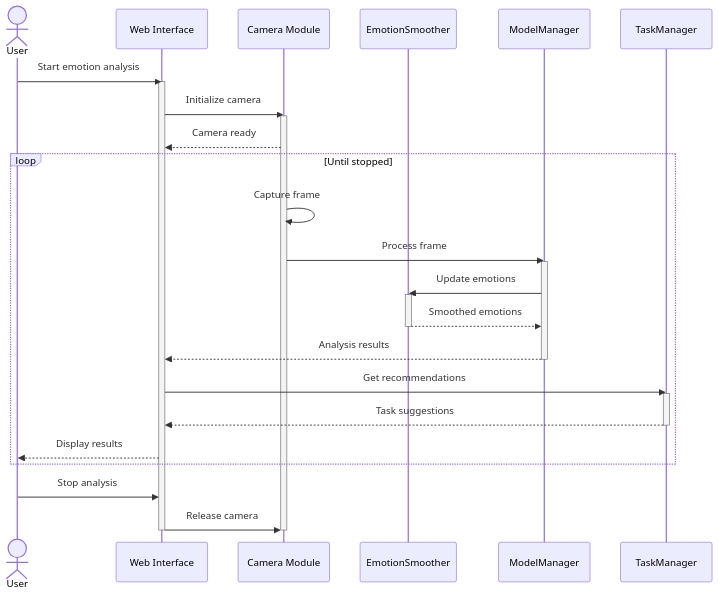
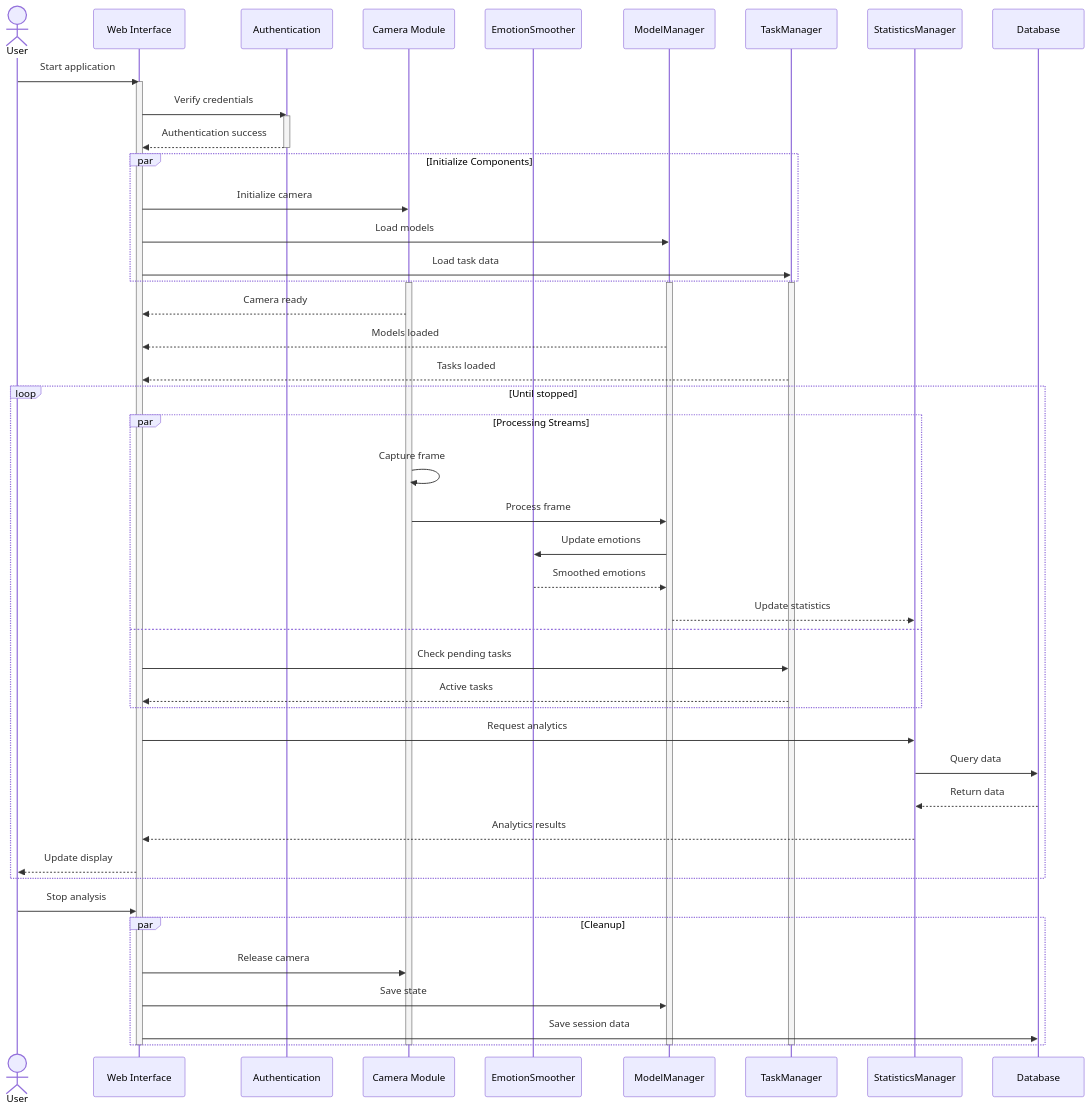
Before and after one commit to itsadithyav/Emotion-Detection: the third of 7 diagrams in diagrams.md, drawn with Mermaid. The commit also changed other lines of this file, not shown here.

Commit message:
Enhance system diagrams with detailed subgraphs and improve class diagram methods for better clarity and functionality

````diff
--- a/diagrams.md
+++ b/diagrams.md
@@ -79,37 +136,67 @@
 ```mermaid
 sequenceDiagram
     actor User
     participant UI as Web Interface
+    participant Auth as Authentication
     participant Camera as Camera Module
     participant Smoother as EmotionSmoother
     participant Models as ModelManager
     participant Tasks as TaskManager
+    participant Stats as StatisticsManager
+    participant DB as Database
 
-    User->>UI: Start emotion analysis
+    User->>UI: Start application
     activate UI
-    UI->>Camera: Initialize camera
+    
+    UI->>Auth: Verify credentials
+    activate Auth
+    Auth-->>UI: Authentication success
+    deactivate Auth
+    
+    par Initialize Components
+        UI->>Camera: Initialize camera
+        UI->>Models: Load models
+        UI->>Tasks: Load task data
+    end
+    
     activate Camera
+    activate Models
+    activate Tasks
+    
     Camera-->>UI: Camera ready
+    Models-->>UI: Models loaded
+    Tasks-->>UI: Tasks loaded
     
     loop Until stopped
-        Camera->>Camera: Capture frame
-        Camera->>Models: Process frame
-        activate Models
-        Models->>Smoother: Update emotions
-        activate Smoother
-        Smoother-->>Models: Smoothed emotions
-        deactivate Smoother
-        Models-->>UI: Analysis results
-        deactivate Models
-        UI->>Tasks: Get recommendations
-        activate Tasks
-        Tasks-->>UI: Task suggestions
-        deactivate Tasks
-        UI-->>User: Display results
+        par Processing Streams
+            Camera->>Camera: Capture frame
+            Camera->>Models: Process frame
+            Models->>Smoother: Update emotions
+            Smoother-->>Models: Smoothed emotions
+            Models-->>Stats: Update statistics
+        and
+            UI->>Tasks: Check pending tasks
+            Tasks-->>UI: Active tasks
+        end
+        
+        UI->>Stats: Request analytics
+        Stats->>DB: Query data
+        DB-->>Stats: Return data
+        Stats-->>UI: Analytics results
+        
+        UI-->>User: Update display
     end
 
     User->>UI: Stop analysis
-    UI->>Camera: Release camera
+    
+    par Cleanup
+        UI->>Camera: Release camera
+        UI->>Models: Save state
+        UI->>DB: Save session data
+    end
+    
     deactivate Camera
+    deactivate Models
+    deactivate Tasks
     deactivate UI
 ```
````
